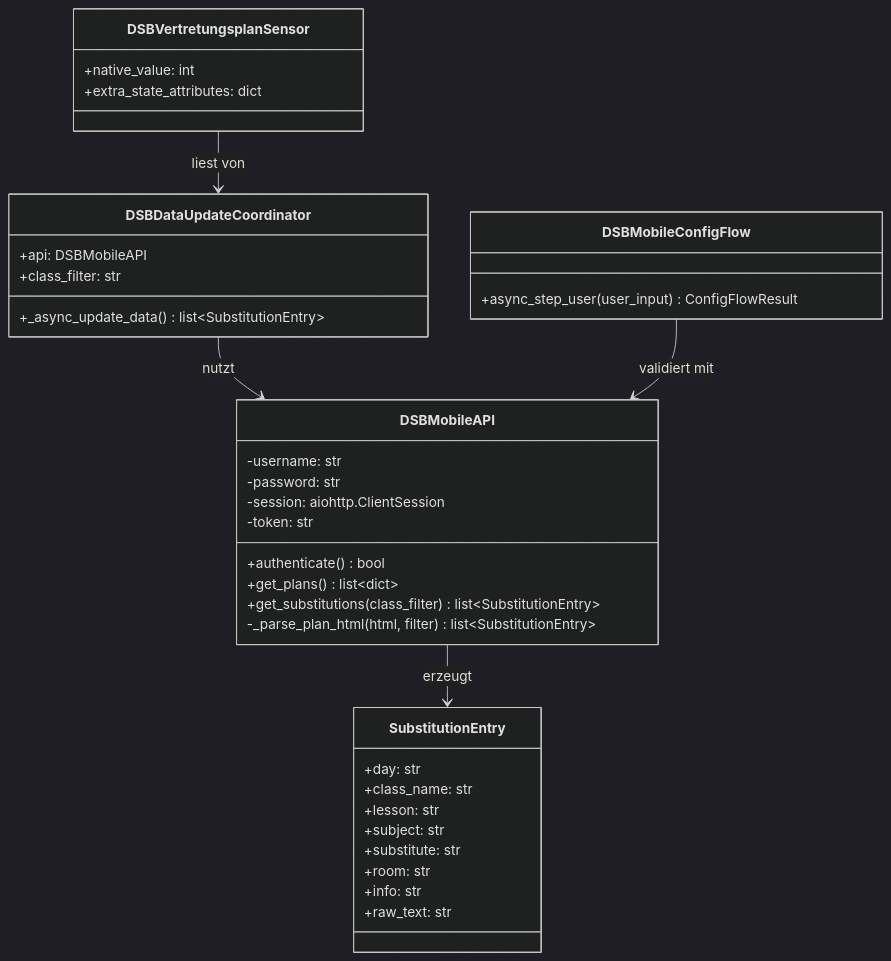
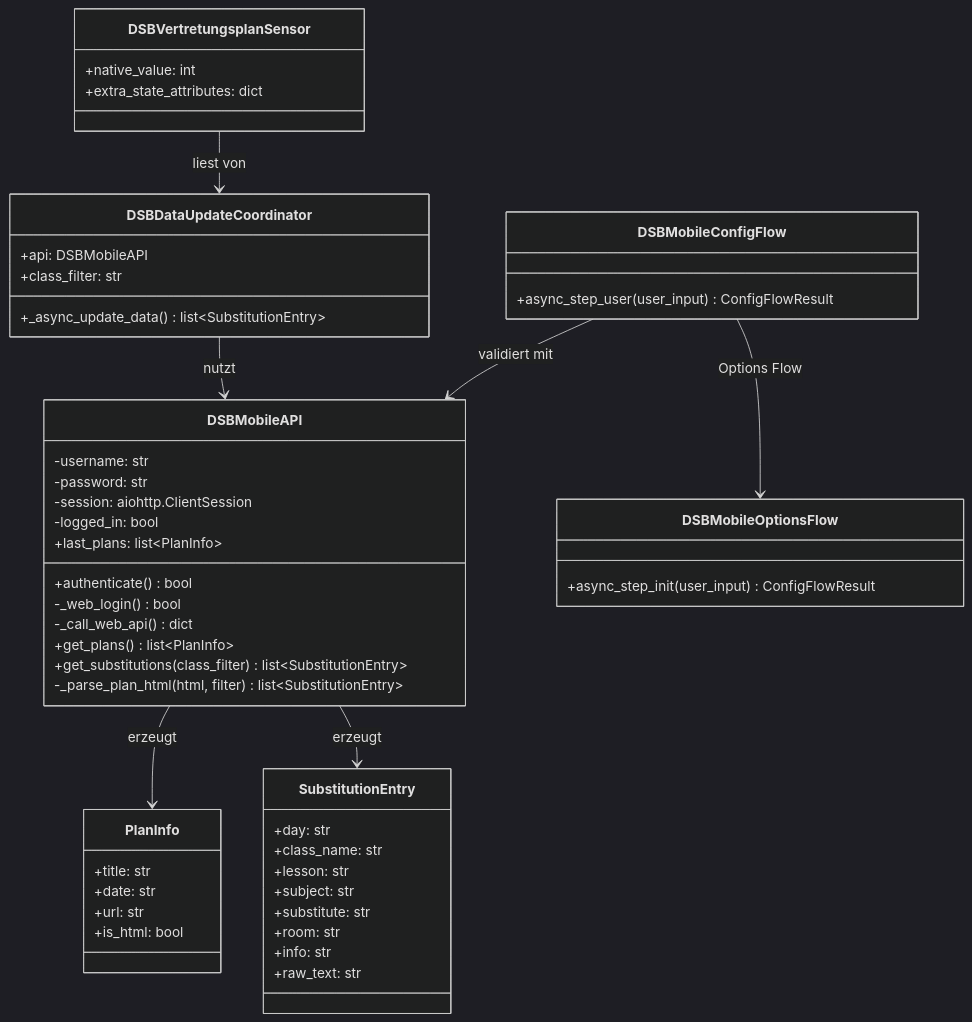
One commit to Tenner/dsbmobile changed the third of 3 diagrams in README.md. Above: the diagram before and after it, drawn with Mermaid (dark theme). The commit also changed other lines of this file, not shown here.

Commit message:
docs: update README for v2.0 Web API, new diagrams, options flow, troubleshooting

````diff
--- a/README.md
+++ b/README.md
@@ -263,44 +271,60 @@
 ```mermaid
 classDiagram
     class DSBMobileAPI {
         -username: str
         -password: str
         -session: aiohttp.ClientSession
-        -token: str
+        -logged_in: bool
+        +last_plans: list~PlanInfo~
         +authenticate() bool
-        +get_plans() list~dict~
+        -_web_login() bool
+        -_call_web_api() dict
+        +get_plans() list~PlanInfo~
         +get_substitutions(class_filter) list~SubstitutionEntry~
         -_parse_plan_html(html, filter) list~SubstitutionEntry~
+    }
+
+    class PlanInfo {
+        +title: str
+        +date: str
+        +url: str
+        +is_html: bool
     }
 
     class SubstitutionEntry {
         +day: str
         +class_name: str
         +lesson: str
         +subject: str
         +substitute: str
         +room: str
         +info: str
         +raw_text: str
     }
 
     class DSBDataUpdateCoordinator {
         +api: DSBMobileAPI
         +class_filter: str
         +_async_update_data() list~SubstitutionEntry~
     }
 
     class DSBVertretungsplanSensor {
         +native_value: int
         +extra_state_attributes: dict
     }
 
     class DSBMobileConfigFlow {
         +async_step_user(user_input) ConfigFlowResult
     }
 
+    class DSBMobileOptionsFlow {
+        +async_step_init(user_input) ConfigFlowResult
+    }
+
+    DSBMobileAPI --> PlanInfo : erzeugt
     DSBMobileAPI --> SubstitutionEntry : erzeugt
     DSBDataUpdateCoordinator --> DSBMobileAPI : nutzt
     DSBVertretungsplanSensor --> DSBDataUpdateCoordinator : liest von
     DSBMobileConfigFlow --> DSBMobileAPI : validiert mit
+    DSBMobileConfigFlow --> DSBMobileOptionsFlow : Options Flow
 ```
````
